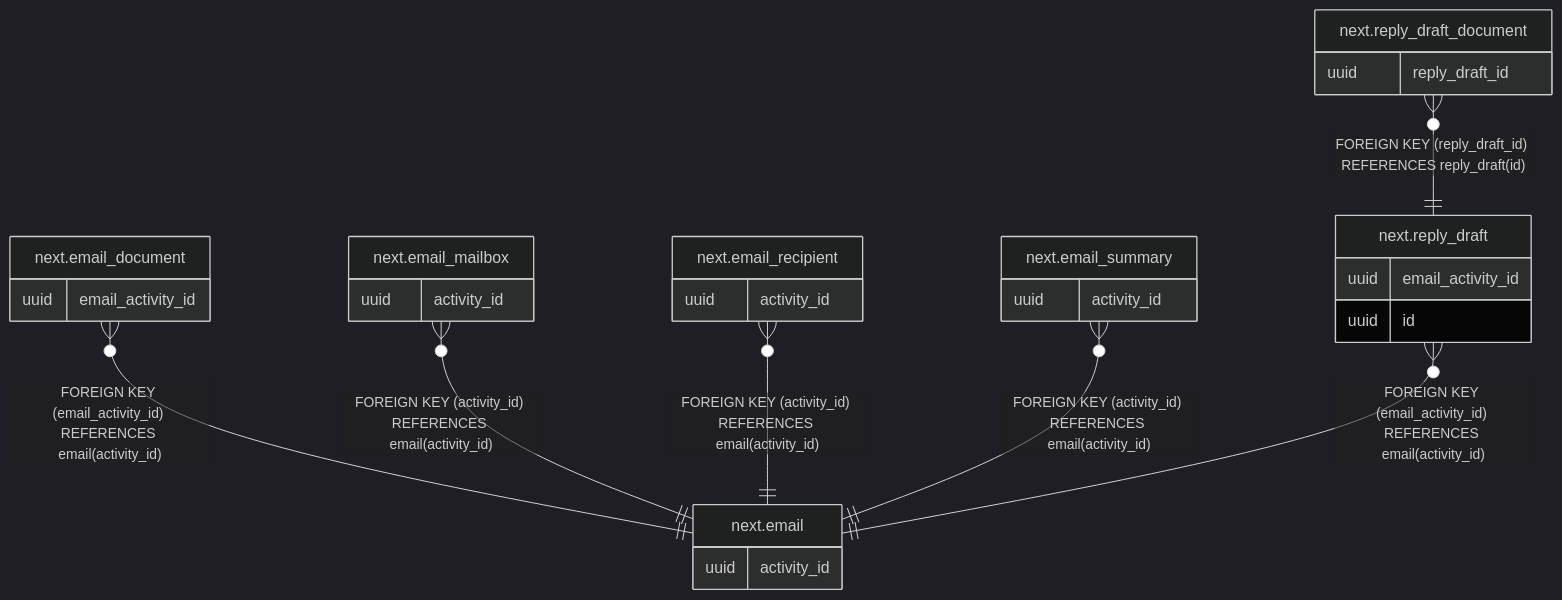
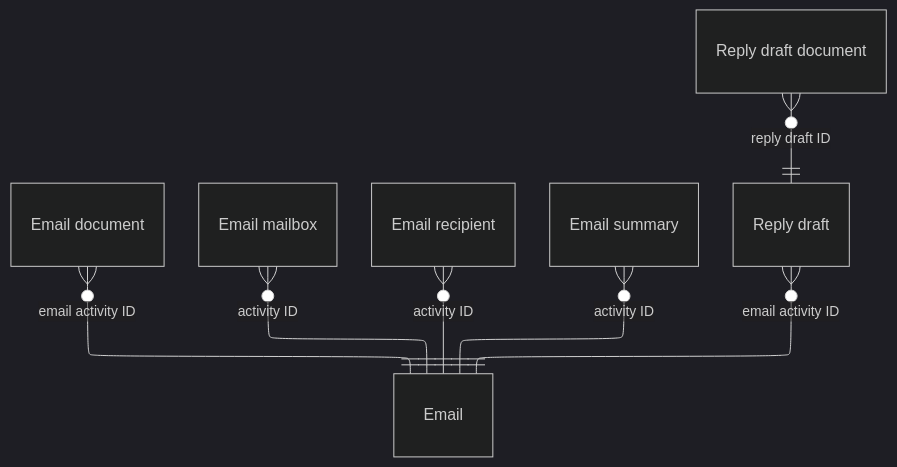
The diagram in docs/database/tables/viewpoint-email.md (DoctorCRE/doctorcre-engine), drawn with Mermaid (dark theme) before and after one commit. The commit also changed other lines of this file and 29 other files, not shown here.

````diff
--- a/docs/database/tables/viewpoint-email.md
+++ b/docs/database/tables/viewpoint-email.md
@@ -21,33 +3,23 @@
 ```mermaid
+---
+config:
+  layout: elk
+  er:
+    nodeSpacing: 22
+    rankSpacing: 44
+---
 erDiagram
-
-"next.email_document" }o--|| "next.email" : "FOREIGN KEY (email_activity_id) REFERENCES email(activity_id)"
-"next.email_mailbox" }o--|| "next.email" : "FOREIGN KEY (activity_id) REFERENCES email(activity_id)"
-"next.email_recipient" }o--|| "next.email" : "FOREIGN KEY (activity_id) REFERENCES email(activity_id)"
-"next.email_summary" }o--|| "next.email" : "FOREIGN KEY (activity_id) REFERENCES email(activity_id)"
-"next.reply_draft" }o--|| "next.email" : "FOREIGN KEY (email_activity_id) REFERENCES email(activity_id)"
-"next.reply_draft_document" }o--|| "next.reply_draft" : "FOREIGN KEY (reply_draft_id) REFERENCES reply_draft(id)"
-
-"next.email" {
-  uuid activity_id
-}
-"next.email_document" {
-  uuid email_activity_id
-}
-"next.email_mailbox" {
-  uuid activity_id
-}
-"next.email_recipient" {
-  uuid activity_id
-}
-"next.email_summary" {
-  uuid activity_id
-}
-"next.reply_draft" {
-  uuid email_activity_id
-  uuid id
-}
-"next.reply_draft_document" {
-  uuid reply_draft_id
-}
+  "Email"
+  "Email document"
+  "Email mailbox"
+  "Email recipient"
+  "Email summary"
+  "Reply draft"
+  "Reply draft document"
+  "Email document" }o--|| "Email" : "email activity ID"
+  "Email mailbox" }o--|| "Email" : "activity ID"
+  "Email recipient" }o--|| "Email" : "activity ID"
+  "Email summary" }o--|| "Email" : "activity ID"
+  "Reply draft" }o--|| "Email" : "email activity ID"
+  "Reply draft document" }o--|| "Reply draft" : "reply draft ID"
 ```
````
